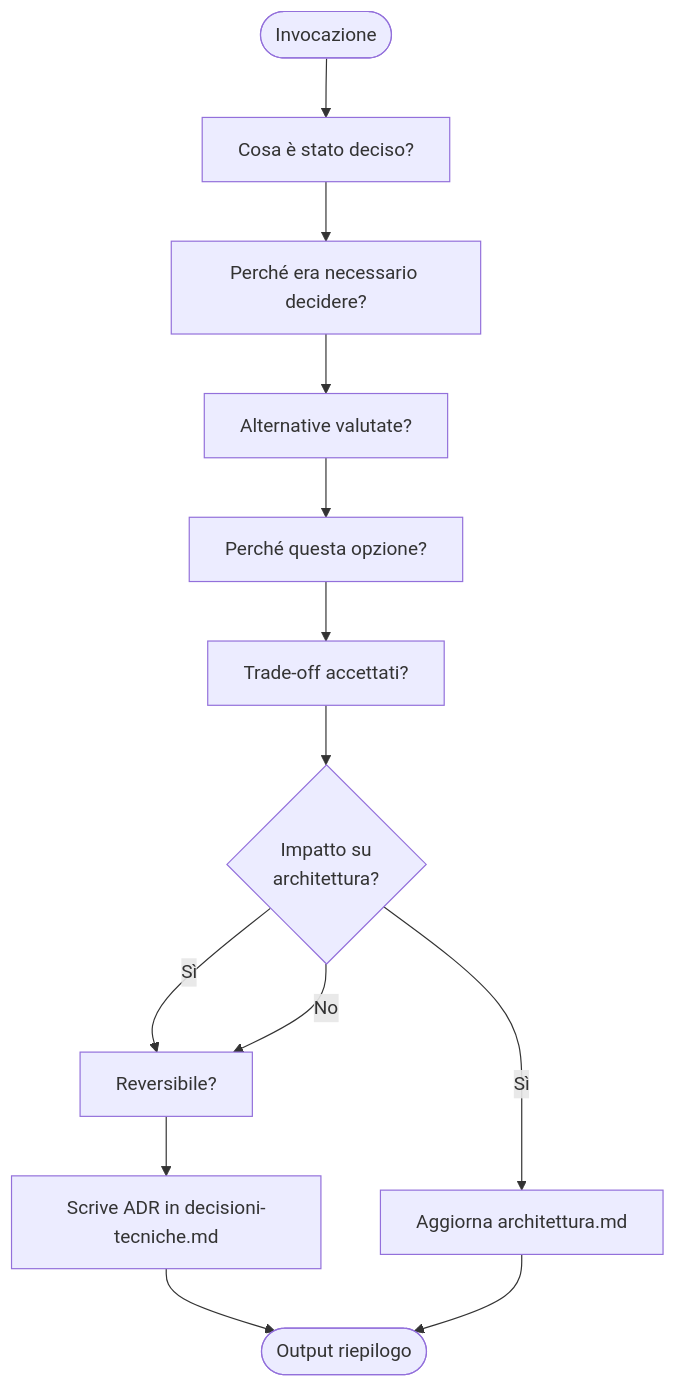
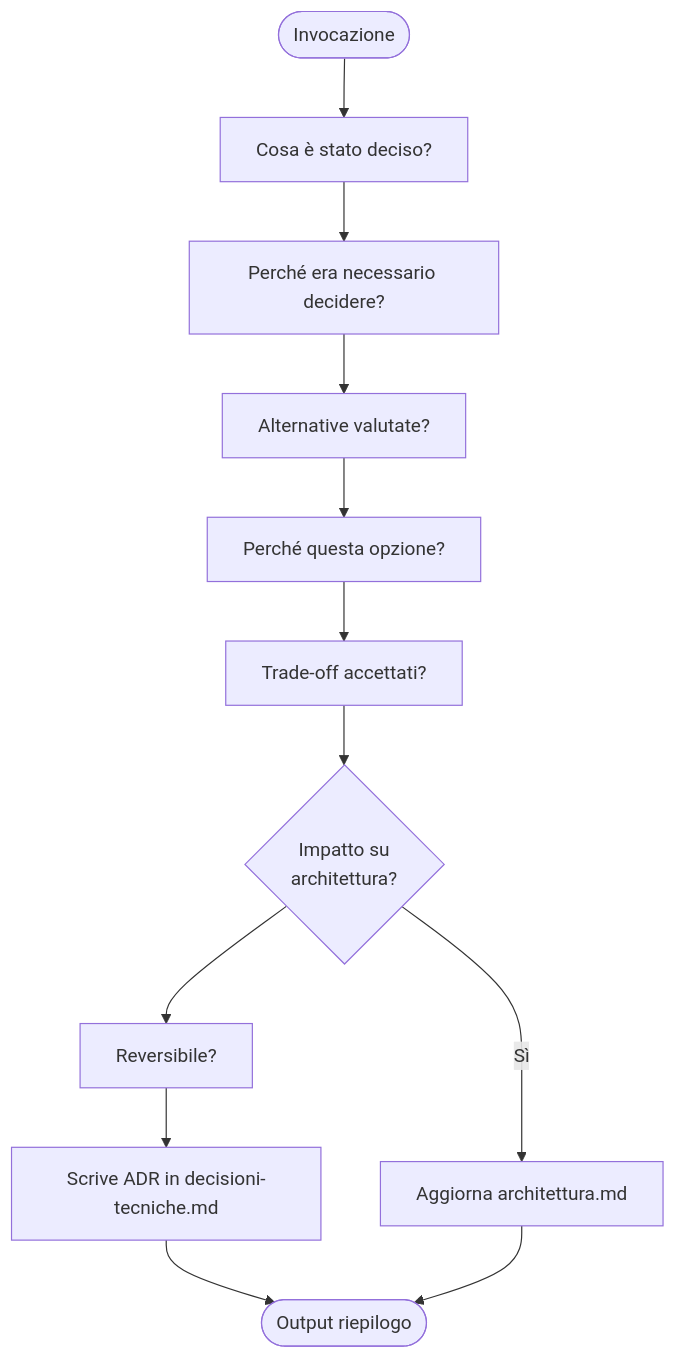
The fifth of 8 diagrams in docs/skills.md (SimoneBriganteLaif/SimoneAI), drawn with Mermaid before and after one commit. The commit also changed other lines of this file and 14 other files, not shown here.

````diff
--- a/docs/skills.md
+++ b/docs/skills.md
@@ -116,15 +148,14 @@
 ```mermaid
 flowchart TD
     START([Invocazione]) --> Q1[Cosa è stato deciso?]
     Q1 --> Q2[Perché era necessario decidere?]
     Q2 --> Q3[Alternative valutate?]
     Q3 --> Q4[Perché questa opzione?]
     Q4 --> Q5[Trade-off accettati?]
     Q5 --> Q6{Impatto su\narchitettura?}
-    Q6 -->|Sì| Q7[Reversibile?]
-    Q6 -->|No| Q7
+    Q6 --> Q7[Reversibile?]
     Q7 --> WRITE[Scrive ADR in decisioni-tecniche.md]
     Q6 -->|Sì| UPDATE[Aggiorna architettura.md]
     WRITE --> DONE([Output riepilogo])
     UPDATE --> DONE
 ```
````
